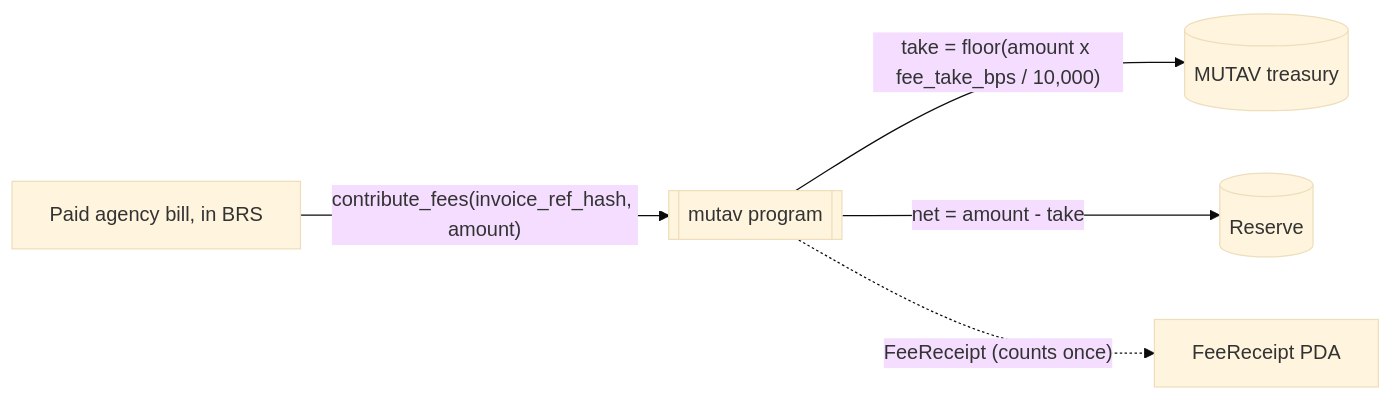
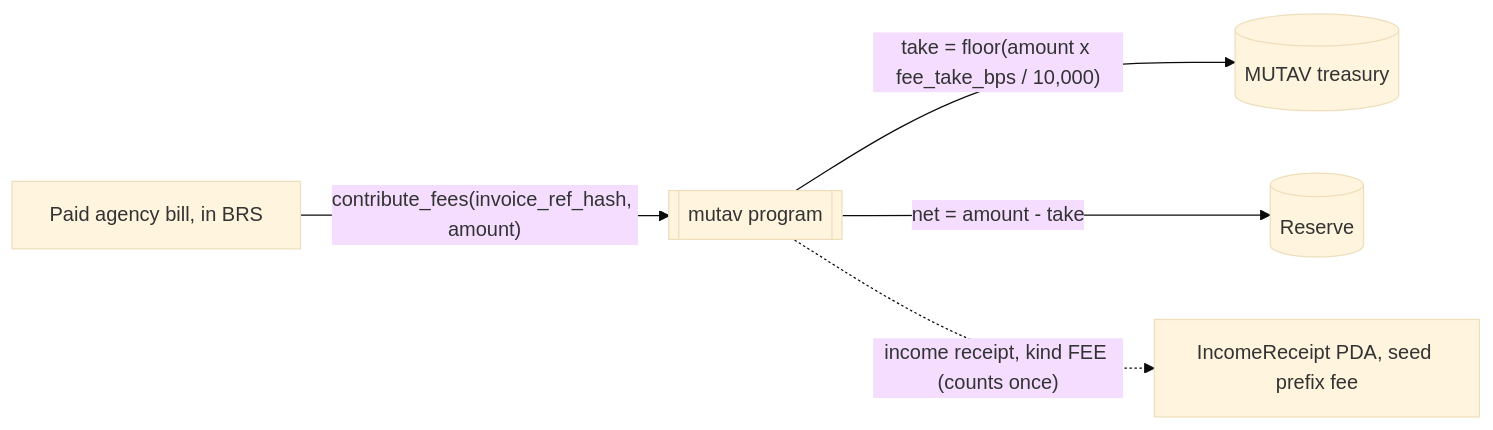
Before and after one commit to mutav-finance/mutav-protocol-solana: the diagram in docs/for-agencies/fees.md, drawn with Mermaid (base theme). The commit also changed other lines of this file and 41 other files, not shown here.

````diff
--- a/docs/for-agencies/fees.md
+++ b/docs/for-agencies/fees.md
@@ -36,7 +36,7 @@
 ```mermaid
 flowchart LR
   B[Paid agency bill, in BRS] -- "contribute_fees(invoice_ref_hash, amount)" --> P[[mutav program]]
   P -- "take = floor(amount x fee_take_bps / 10,000)" --> T[(MUTAV treasury)]
   P -- "net = amount - take" --> R[(Reserve)]
-  P -. "FeeReceipt (counts once)" .-> FR[FeeReceipt PDA]
+  P -. "income receipt, kind FEE (counts once)" .-> FR[IncomeReceipt PDA, seed prefix fee]
 ```
````
